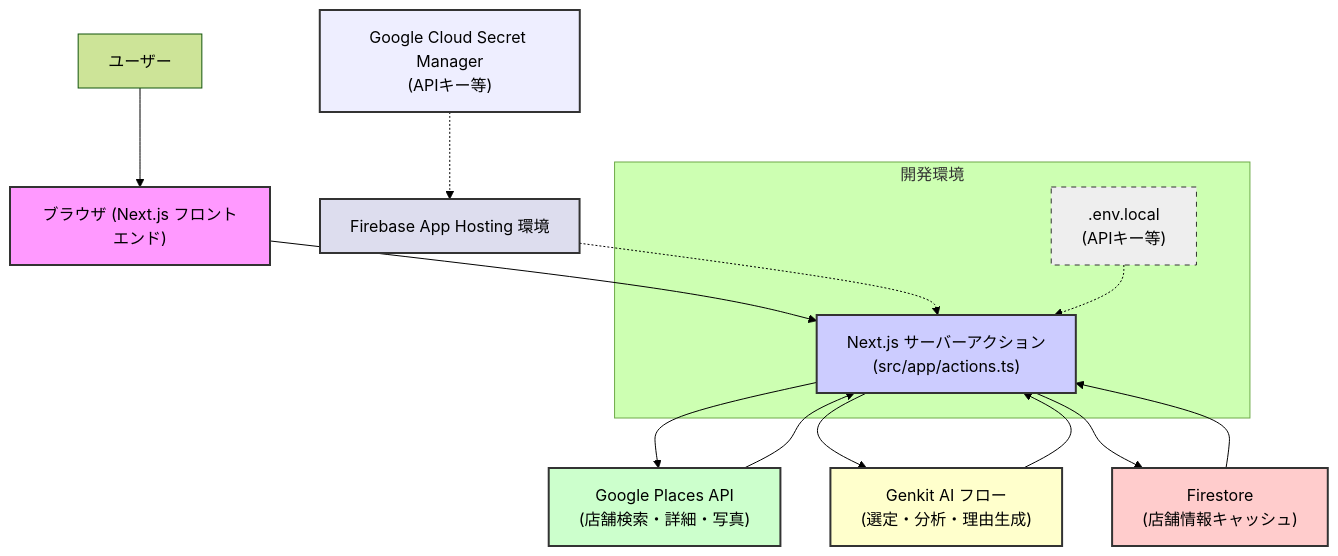
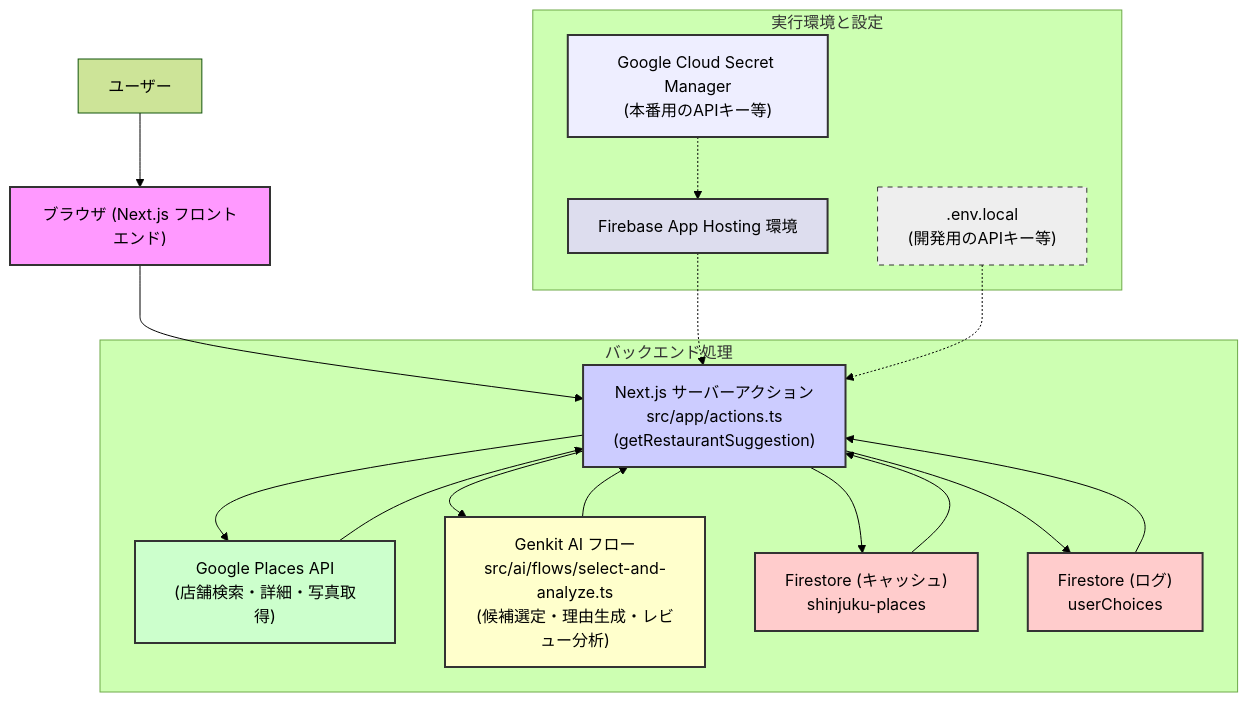
One commit to Yuya-Ishibashi0/AI-kanji changed the first of 2 diagrams in README.md. Above: the diagram before and after it, drawn with Mermaid (forest theme). The commit also changed other lines of this file, not shown here.

Commit message:
あとは今回、Next,jsとNode.jsのバージョンが重要だったのでそれも表示した方がいいですよね。あとFirestoreだからER図はいらな

````diff
--- a/README.md
+++ b/README.md
@@ -28,26 +30,33 @@
 ```mermaid
 graph TD
     User[ユーザー] --> Browser["ブラウザ (Next.js フロントエンド)"]
-    Browser --> ServerActions["Next.js サーバーアクション<br>(src/app/actions.ts)"]
-    ServerActions --> GooglePlacesAPI["Google Places API<br>(店舗検索・詳細・写真)"]
-    ServerActions --> GenkitFlows["Genkit AI フロー<br>(選定・分析・理由生成)"]
+    Browser --> ServerActions["Next.js サーバーアクション<br>src/app/actions.ts<br>(getRestaurantSuggestion)"]
+    
+    subgraph "バックエンド処理"
+        ServerActions --> GooglePlacesAPI["Google Places API<br>(店舗検索・詳細・写真取得)"]
+        ServerActions --> GenkitFlows["Genkit AI フロー<br>src/ai/flows/select-and-analyze.ts<br>(候補選定・理由生成・レビュー分析)"]
+        ServerActions --> FirestoreCache["Firestore (キャッシュ)<br>shinjuku-places"]
+        ServerActions --> FirestoreLog["Firestore (ログ)<br>userChoices"]
+    end
+    
     GooglePlacesAPI --> ServerActions
     GenkitFlows --> ServerActions
-    ServerActions --> Firestore["Firestore<br>(店舗情報キャッシュ)"]
-    Firestore --> ServerActions
-    SecretManager["Google Cloud Secret Manager<br>(APIキー等)"] -.-> AppHostingEnv["Firebase App Hosting 環境"]
-    AppHostingEnv -.-> ServerActions
+    FirestoreCache --> ServerActions
+    FirestoreLog --> ServerActions
 
-    subgraph "開発環境"
-        EnvLocal[".env.local<br>(APIキー等)"] -.-> ServerActions
+    subgraph "実行環境と設定"
+      SecretManager["Google Cloud Secret Manager<br>(本番用のAPIキー等)"] -.-> AppHostingEnv["Firebase App Hosting 環境"]
+      AppHostingEnv -.-> ServerActions
+      EnvLocal[".env.local<br>(開発用のAPIキー等)"] -.-> ServerActions
     end
 
     style Browser fill:#f9f,stroke:#333,stroke-width:2px
     style ServerActions fill:#ccf,stroke:#333,stroke-width:2px
     style GooglePlacesAPI fill:#cfc,stroke:#333,stroke-width:2px
     style GenkitFlows fill:#ffc,stroke:#333,stroke-width:2px
-    style Firestore fill:#fcc,stroke:#333,stroke-width:2px
+    style FirestoreCache fill:#fcc,stroke:#333,stroke-width:2px
+    style FirestoreLog fill:#fcc,stroke:#333,stroke-width:2px
     style SecretManager fill:#eef,stroke:#333,stroke-width:2px
     style AppHostingEnv fill:#dde,stroke:#333,stroke-width:2px
     style EnvLocal fill:#eee,stroke:#333,stroke-width:1px,stroke-dasharray: 5 5
 ```
````
